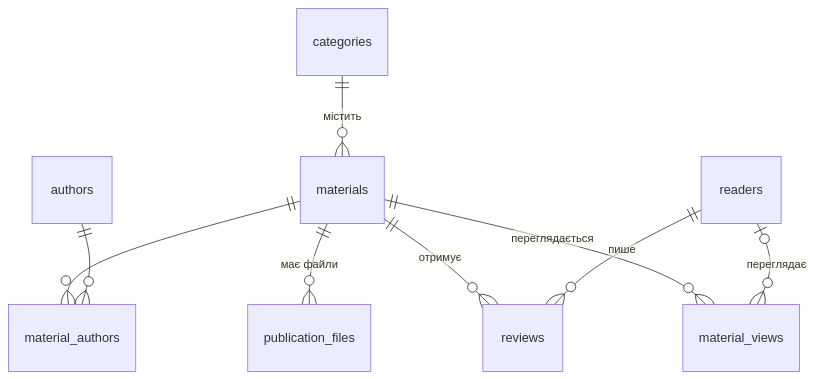
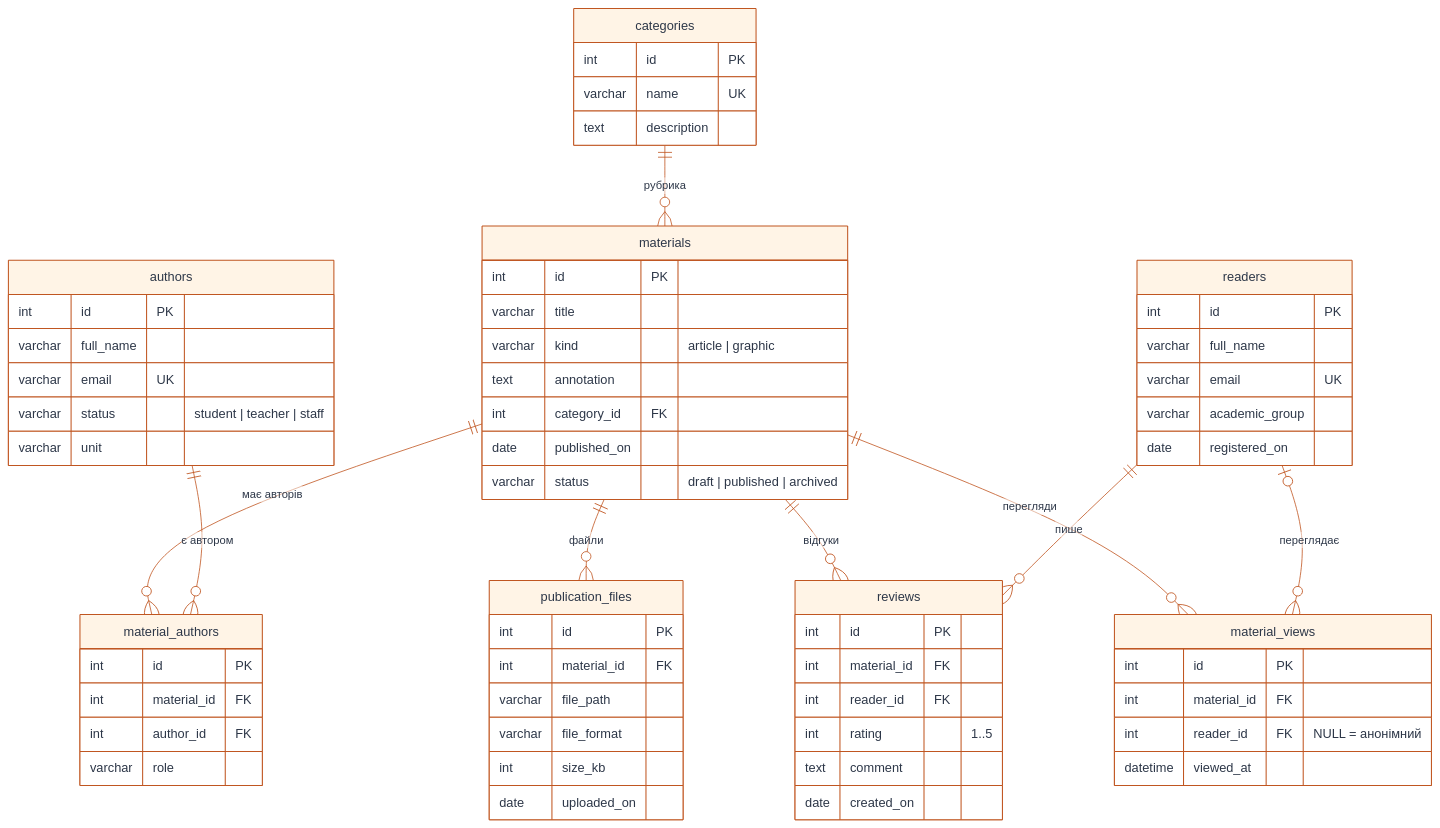
One commit to erisfelixx/uni changed the diagram in 7-sem/functional-programming/lab1/README.md. Above: the diagram before and after it, drawn with Mermaid.

Commit message:
update README file

````diff
--- a/7-sem/functional-programming/lab1/README.md
+++ b/7-sem/functional-programming/lab1/README.md
@@ -43,11 +43,73 @@
 ```mermaid
+%%{init: {'theme': 'base', 'themeVariables': {
+  'primaryColor': '#FFF4E6', 'primaryBorderColor': '#C05621',
+  'primaryTextColor': '#2D3748', 'lineColor': '#C05621',
+  'secondaryColor': '#FFFAF0', 'tertiaryColor': '#FFFFFF'
+}}}%%
 erDiagram
-    categories ||--o{ materials : "містить"
-    materials ||--o{ material_authors : ""
-    authors ||--o{ material_authors : ""
-    materials ||--o{ publication_files : "має файли"
-    materials ||--o{ reviews : "отримує"
-    readers ||--o{ reviews : "пише"
-    materials ||--o{ material_views : "переглядається"
-    readers |o--o{ material_views : "переглядає"
+    categories {
+        int id PK
+        varchar name UK
+        text description
+    }
+    materials {
+        int id PK
+        varchar title
+        varchar kind "article | graphic"
+        text annotation
+        int category_id FK
+        date published_on
+        varchar status "draft | published | archived"
+    }
+    authors {
+        int id PK
+        varchar full_name
+        varchar email UK
+        varchar status "student | teacher | staff"
+        varchar unit
+    }
+    material_authors {
+        int id PK
+        int material_id FK
+        int author_id FK
+        varchar role
+    }
+    publication_files {
+        int id PK
+        int material_id FK
+        varchar file_path
+        varchar file_format
+        int size_kb
+        date uploaded_on
+    }
+    readers {
+        int id PK
+        varchar full_name
+        varchar email UK
+        varchar academic_group
+        date registered_on
+    }
+    reviews {
+        int id PK
+        int material_id FK
+        int reader_id FK
+        int rating "1..5"
+        text comment
+        date created_on
+    }
+    material_views {
+        int id PK
+        int material_id FK
+        int reader_id FK "NULL = анонімний"
+        datetime viewed_at
+    }
+
+    categories        ||--o{ materials         : "рубрика"
+    materials         ||--o{ material_authors  : "має авторів"
+    authors           ||--o{ material_authors  : "є автором"
+    materials         ||--o{ publication_files : "файли"
+    materials         ||--o{ reviews           : "відгуки"
+    readers           ||--o{ reviews           : "пише"
+    materials         ||--o{ material_views    : "перегляди"
+    readers           |o--o{ material_views    : "переглядає"
 ```
````
